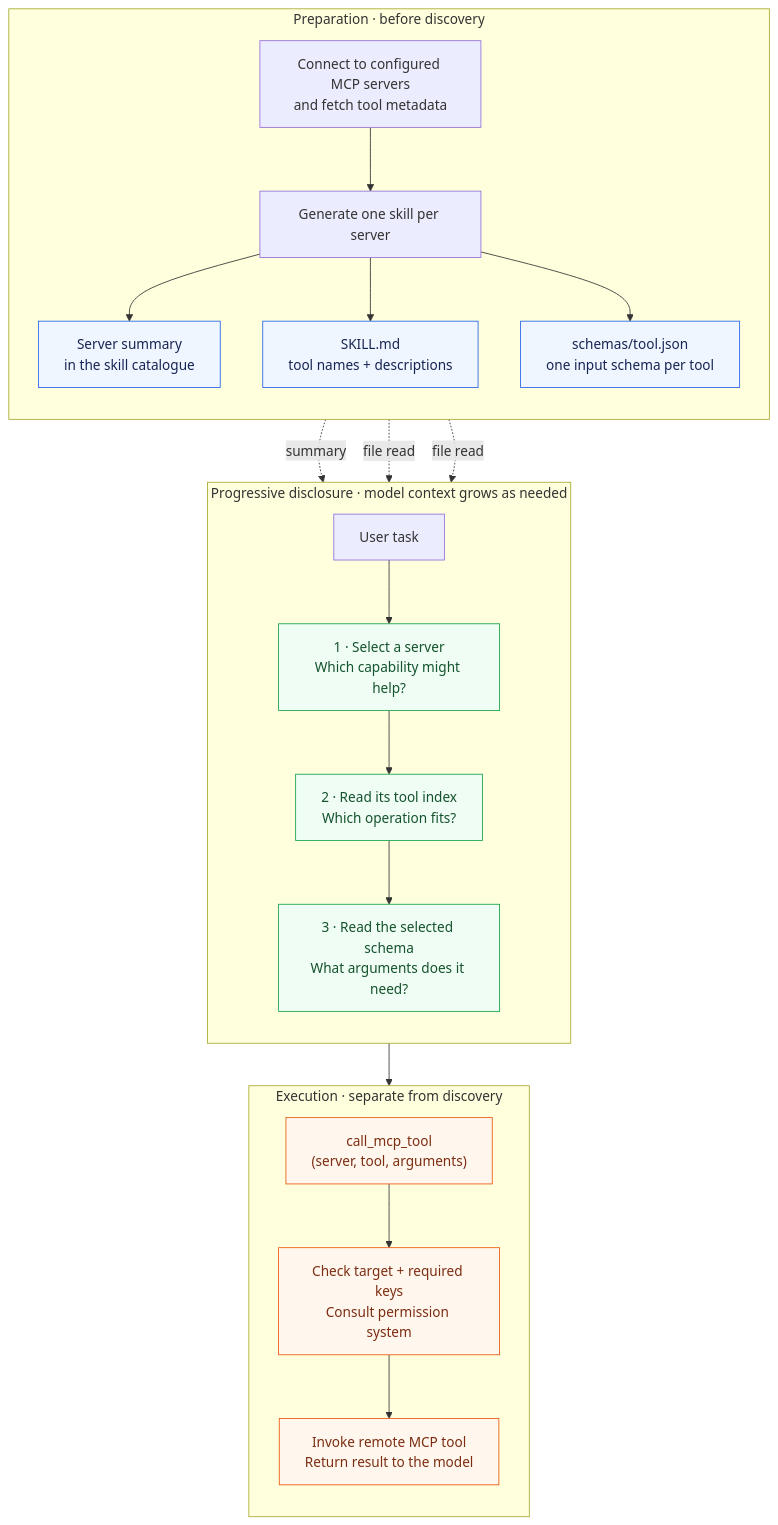
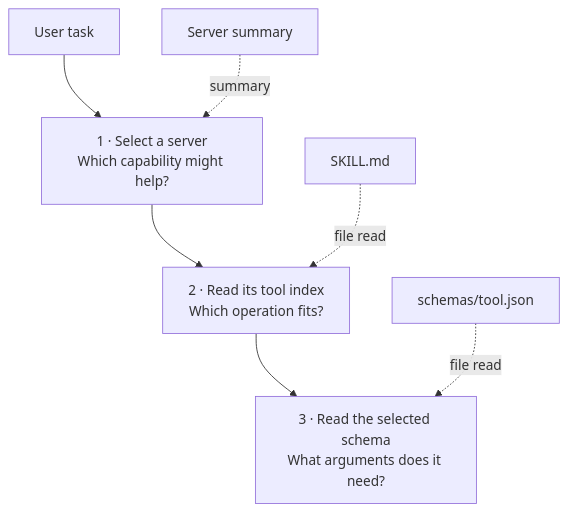
The second of 3 diagrams in blog/skill-driven-mcp.md (fengjicheng/keen-code), drawn with Mermaid before and after one commit. The commit also changed other lines of this file, not shown here.

Commit message:
fix(docs): improve MCP article readability and diagram rendering

````diff
--- a/blog/skill-driven-mcp.md
+++ b/blog/skill-driven-mcp.md
@@ -96,42 +97,14 @@
 ```mermaid
 flowchart TB
-    subgraph preparation["Preparation · before discovery"]
-        direction TB
-        M["Connect to configured MCP servers<br/>and fetch tool metadata"]
-        G["Generate one skill per server"]
-        C["Server summary<br/>in the skill catalogue"]
-        I["SKILL.md<br/>tool names + descriptions"]
-        S["schemas/tool.json<br/>one input schema per tool"]
-        M --> G
-        G --> C & I & S
-    end
-
-    subgraph discovery["Progressive disclosure · model context grows as needed"]
-        direction TB
-        Q["User task"]
-        D1["1 · Select a server<br/>Which capability might help?"]
-        D2["2 · Read its tool index<br/>Which operation fits?"]
-        D3["3 · Read the selected schema<br/>What arguments does it need?"]
-        Q --> D1 --> D2 --> D3
-    end
-
-    subgraph execution["Execution · separate from discovery"]
-        direction TB
-        X["call_mcp_tool<br/>(server, tool, arguments)"]
-        P["Check target + required keys<br/>Consult permission system"]
-        R["Invoke remote MCP tool<br/>Return result to the model"]
-        X --> P --> R
-    end
-
+    Q["User task"]
+    D1["1 · Select a server<br/>Which capability might help?"]
+    D2["2 · Read its tool index<br/>Which operation fits?"]
+    D3["3 · Read the selected schema<br/>What arguments does it need?"]
+    C["Server summary"]
+    I["SKILL.md"]
+    S["schemas/tool.json"]
+    Q --> D1 --> D2 --> D3
     C -.->|summary| D1
     I -.->|file read| D2
     S -.->|file read| D3
-    D3 --> X
-
-    classDef artifact fill:#eff6ff,stroke:#2563eb,color:#172554
-    classDef disclosure fill:#f0fdf4,stroke:#16a34a,color:#14532d
-    classDef runtime fill:#fff7ed,stroke:#ea580c,color:#7c2d12
-    class C,I,S artifact
-    class D1,D2,D3 disclosure
-    class X,P,R runtime
 ```
````
